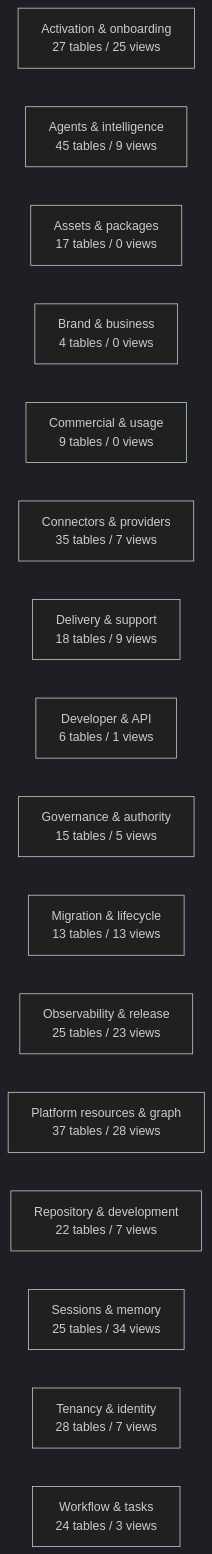
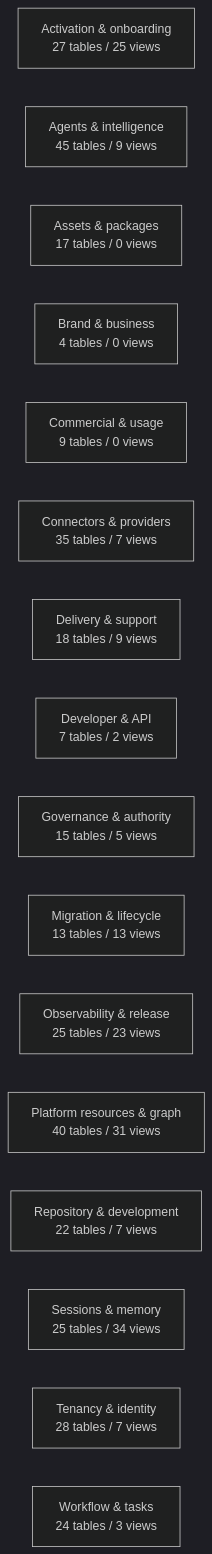
One commit to mad4bdigital-ai/multi-business-multi-role-growth-intelligence-os changed the diagram in docs/work-maps/data-model-domain-map.md. Above: the diagram before and after it, drawn with Mermaid (dark theme). The commit also changed other lines of this file and 7 other files, not shown here.

````diff
--- a/docs/work-maps/data-model-domain-map.md
+++ b/docs/work-maps/data-model-domain-map.md
@@ -9,19 +9,19 @@
 ```mermaid
 flowchart LR
   n_Activation___onboarding["Activation & onboarding<br/>27 tables / 25 views"]
   n_Agents___intelligence["Agents & intelligence<br/>45 tables / 9 views"]
   n_Assets___packages["Assets & packages<br/>17 tables / 0 views"]
   n_Brand___business["Brand & business<br/>4 tables / 0 views"]
   n_Commercial___usage["Commercial & usage<br/>9 tables / 0 views"]
   n_Connectors___providers["Connectors & providers<br/>35 tables / 7 views"]
   n_Delivery___support["Delivery & support<br/>18 tables / 9 views"]
-  n_Developer___API["Developer & API<br/>6 tables / 1 views"]
+  n_Developer___API["Developer & API<br/>7 tables / 2 views"]
   n_Governance___authority["Governance & authority<br/>15 tables / 5 views"]
   n_Migration___lifecycle["Migration & lifecycle<br/>13 tables / 13 views"]
   n_Observability___release["Observability & release<br/>25 tables / 23 views"]
-  n_Platform_resources___graph["Platform resources & graph<br/>37 tables / 28 views"]
+  n_Platform_resources___graph["Platform resources & graph<br/>40 tables / 31 views"]
   n_Repository___development["Repository & development<br/>22 tables / 7 views"]
   n_Sessions___memory["Sessions & memory<br/>25 tables / 34 views"]
   n_Tenancy___identity["Tenancy & identity<br/>28 tables / 7 views"]
   n_Workflow___tasks["Workflow & tasks<br/>24 tables / 3 views"]
 ```
````
